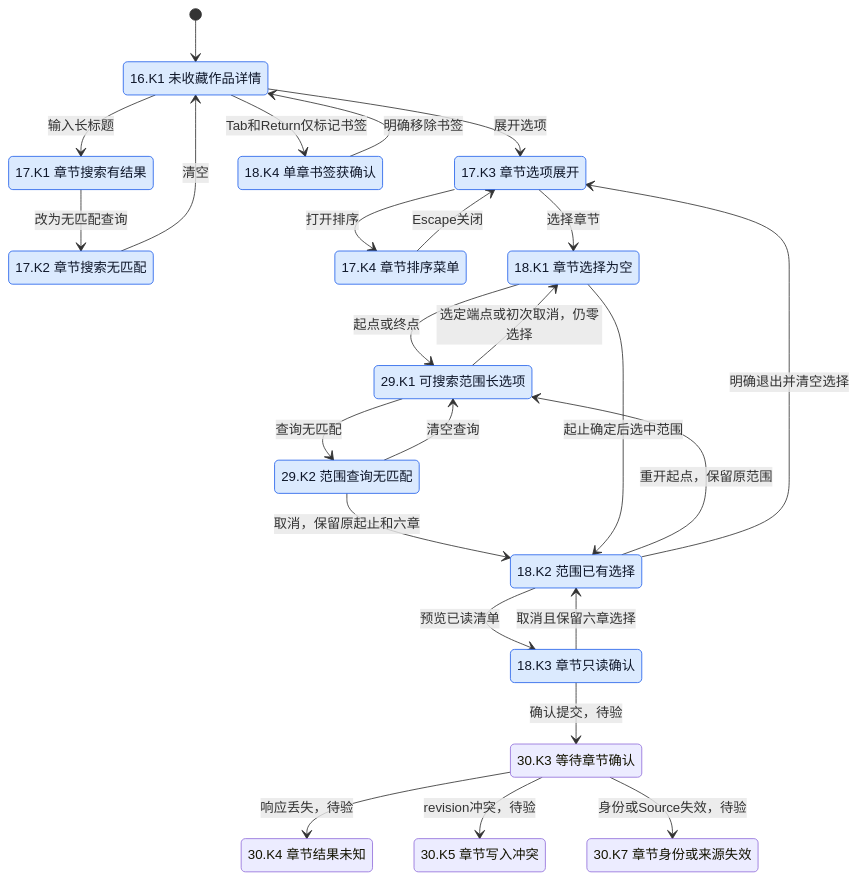
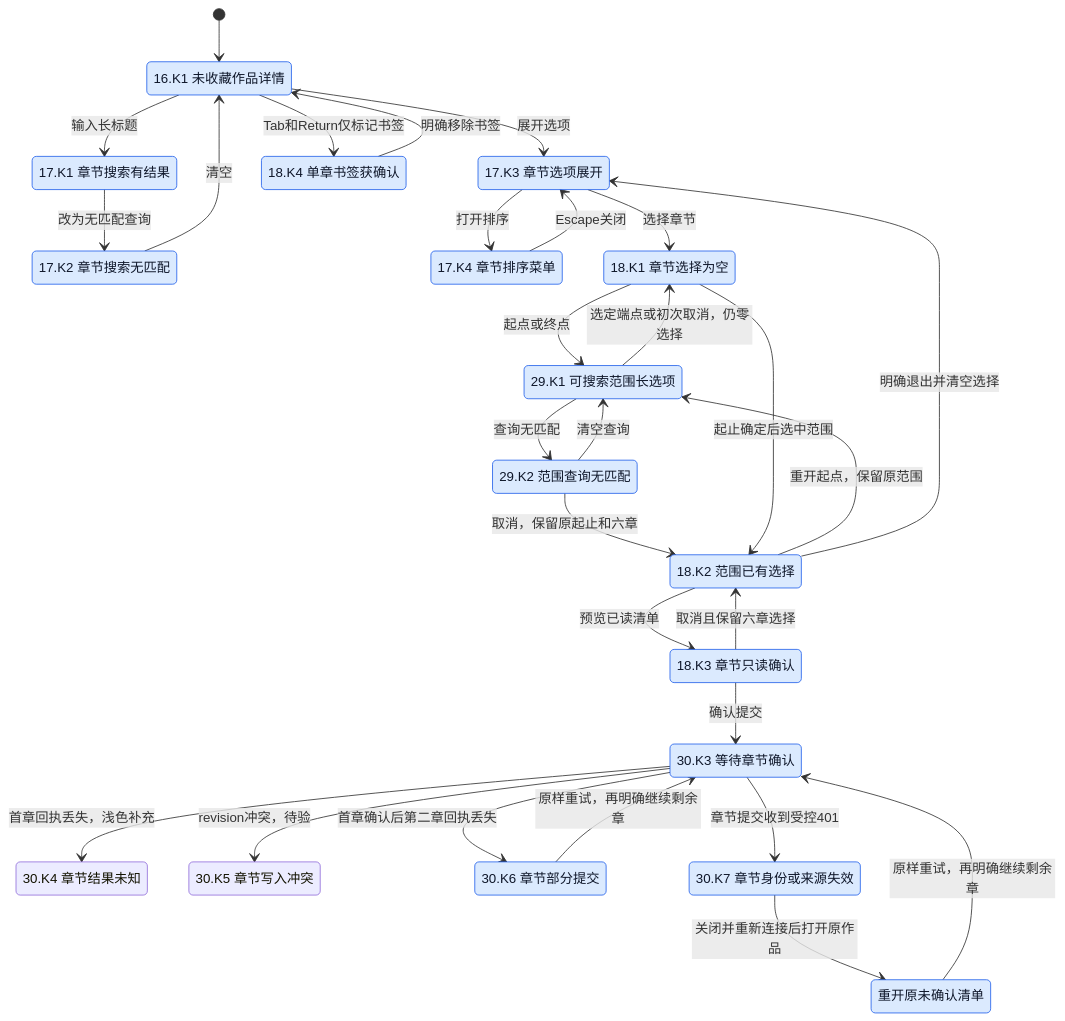
Before and after one commit to Wybxc/karuyomi: the ninth of 21 diagrams in docs/verification/mihon-state-coverage.md, drawn with Mermaid. The commit also changed other lines of this file and 4 other files, not shown here.

````diff
--- a/docs/verification/mihon-state-coverage.md
+++ b/docs/verification/mihon-state-coverage.md
@@ -1005,44 +1006,50 @@
 ```mermaid
 stateDiagram-v2
     [*] --> UncollectedDetails
     state "16.K1 未收藏作品详情" as UncollectedDetails
     state "17.K1 章节搜索有结果" as ChapterMatch
     state "17.K2 章节搜索无匹配" as ChapterEmpty
     state "17.K3 章节选项展开" as ChapterOptions
     state "17.K4 章节排序菜单" as ChapterOrderMenu
     state "18.K1 章节选择为空" as NoChapterSelection
     state "18.K2 范围已有选择" as ChapterRange
     state "18.K3 章节只读确认" as ChapterReview
     state "18.K4 单章书签获确认" as ChapterBookmarked
     state "29.K1 可搜索范围长选项" as ChapterEndpoint
     state "29.K2 范围查询无匹配" as ChapterEndpointEmpty
     state "30.K3 等待章节确认" as ChapterSending
     state "30.K4 章节结果未知" as ChapterUnknown
     state "30.K5 章节写入冲突" as ChapterConflict
+    state "30.K6 章节部分提交" as ChapterPartial
     state "30.K7 章节身份或来源失效" as ChapterExpired
+    state "重开原未确认清单" as ChapterReopened
     UncollectedDetails --> ChapterMatch: 输入长标题
     ChapterMatch --> ChapterEmpty: 改为无匹配查询
     ChapterEmpty --> UncollectedDetails: 清空
     UncollectedDetails --> ChapterOptions: 展开选项
     ChapterOptions --> ChapterOrderMenu: 打开排序
     ChapterOrderMenu --> ChapterOptions: Escape关闭
     ChapterOptions --> NoChapterSelection: 选择章节
     NoChapterSelection --> ChapterEndpoint: 起点或终点
     ChapterEndpoint --> NoChapterSelection: 选定端点或初次取消，仍零选择
     ChapterEndpoint --> ChapterEndpointEmpty: 查询无匹配
     ChapterEndpointEmpty --> ChapterEndpoint: 清空查询
     ChapterRange --> ChapterEndpoint: 重开起点，保留原范围
     ChapterEndpointEmpty --> ChapterRange: 取消，保留原起止和六章
     NoChapterSelection --> ChapterRange: 起止确定后选中范围
     ChapterRange --> ChapterReview: 预览已读清单
     ChapterReview --> ChapterRange: 取消且保留六章选择
     ChapterRange --> ChapterOptions: 明确退出并清空选择
     UncollectedDetails --> ChapterBookmarked: Tab和Return仅标记书签
     ChapterBookmarked --> UncollectedDetails: 明确移除书签
-    ChapterReview --> ChapterSending: 确认提交，待验
-    ChapterSending --> ChapterUnknown: 响应丢失，待验
+    ChapterReview --> ChapterSending: 确认提交
+    ChapterSending --> ChapterUnknown: 首章回执丢失，浅色补充
+    ChapterSending --> ChapterPartial: 首章确认后第二章回执丢失
+    ChapterPartial --> ChapterSending: 原样重试，再明确继续剩余章
     ChapterSending --> ChapterConflict: revision冲突，待验
-    ChapterSending --> ChapterExpired: 身份或Source失效，待验
+    ChapterSending --> ChapterExpired: 章节提交收到受控401
+    ChapterExpired --> ChapterReopened: 关闭并重新连接后打开原作品
+    ChapterReopened --> ChapterSending: 原样重试，再明确继续剩余章
     classDef paired fill:#dbeafe,stroke:#2563eb,color:#0f172a
-    class UncollectedDetails,ChapterMatch,ChapterEmpty,ChapterOptions,ChapterOrderMenu,NoChapterSelection,ChapterRange,ChapterReview,ChapterBookmarked,ChapterEndpoint,ChapterEndpointEmpty paired
+    class UncollectedDetails,ChapterMatch,ChapterEmpty,ChapterOptions,ChapterOrderMenu,NoChapterSelection,ChapterRange,ChapterReview,ChapterBookmarked,ChapterEndpoint,ChapterEndpointEmpty,ChapterSending,ChapterPartial,ChapterExpired,ChapterReopened paired
 ```
````
